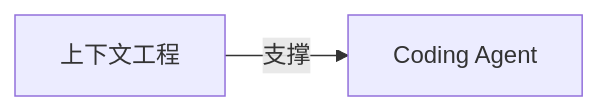
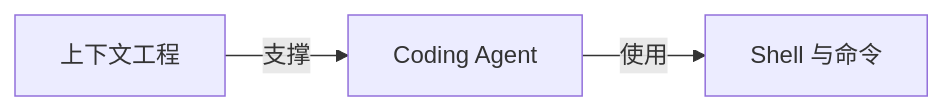
The seventh of 9 diagrams in 知识网络.md (z-Zihan/LLM-101), drawn with Mermaid before and after one commit. The commit also changed other lines of this file and 15 other files, not shown here.

````diff
--- a/知识网络.md
+++ b/知识网络.md
@@ -242,6 +249,8 @@
 ```mermaid
 flowchart LR
     n_coding_agent["Coding Agent"]
     n_context_engineering["上下文工程"]
+    n_shell["Shell 与命令"]
+    n_coding_agent -->|"使用"| n_shell
     n_context_engineering -->|"支撑"| n_coding_agent
 ```
````
